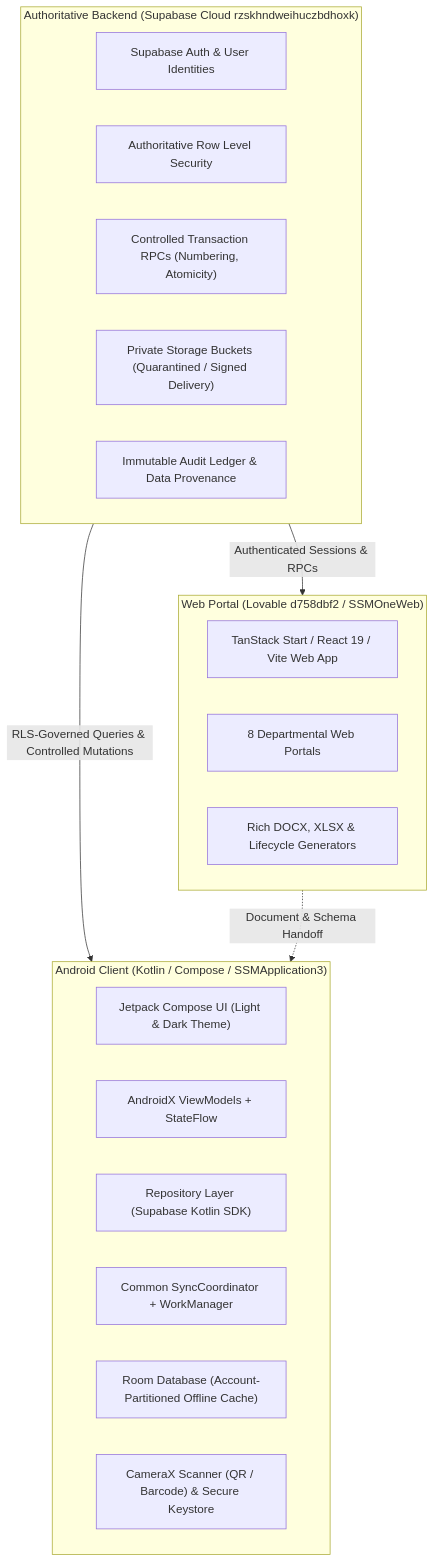
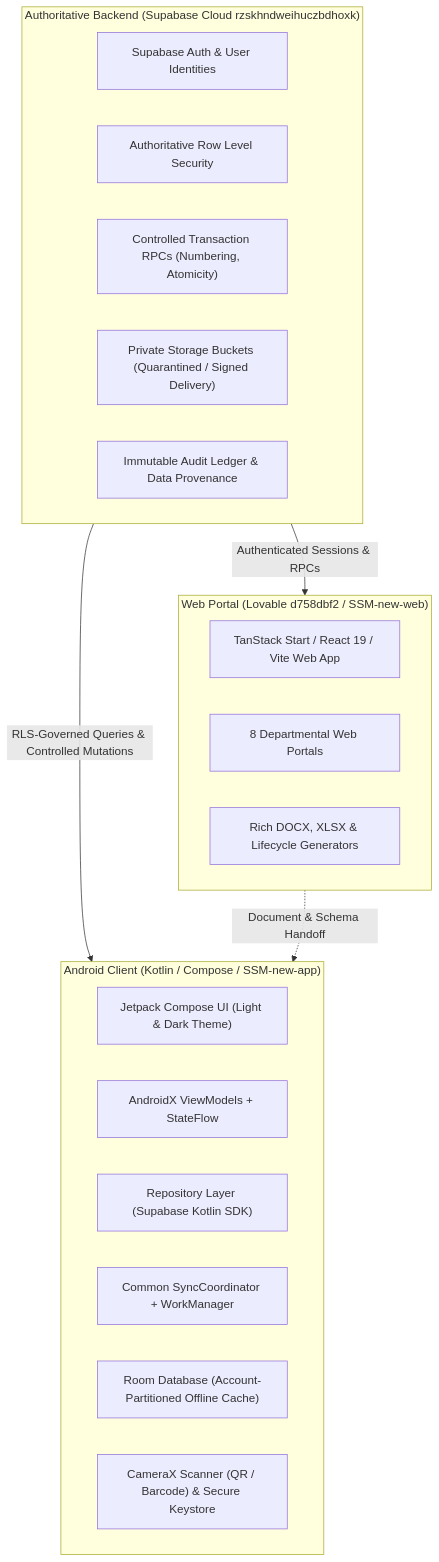
Before and after one commit to narendok/SSM-new-app: the first of 5 diagrams in docs/planning/SSM_ONE_ANDROID_BUILD_PLAN.md, drawn with Mermaid. The commit also changed other lines of this file and 12 other files, not shown here.

````diff
--- a/docs/planning/SSM_ONE_ANDROID_BUILD_PLAN.md
+++ b/docs/planning/SSM_ONE_ANDROID_BUILD_PLAN.md
@@ -17,29 +17,29 @@
 ```mermaid
 flowchart TD
     subgraph BackendAuthority["Authoritative Backend (Supabase Cloud rzskhndweihuczbdhoxk)"]
         AUTH["Supabase Auth & User Identities"]
         RLS["Authoritative Row Level Security"]
         RPC["Controlled Transaction RPCs (Numbering, Atomicity)"]
         BUCKETS["Private Storage Buckets (Quarantined / Signed Delivery)"]
         AUDIT["Immutable Audit Ledger & Data Provenance"]
     end
 
-    subgraph WebPortal["Web Portal (Lovable d758dbf2 / SSMOneWeb)"]
+    subgraph WebPortal["Web Portal (Lovable d758dbf2 / SSM-new-web)"]
         WEB_UI["TanStack Start / React 19 / Vite Web App"]
         WEB_WORKSPACES["8 Departmental Web Portals"]
         WEB_EDITORS["Rich DOCX, XLSX & Lifecycle Generators"]
     end
 
-    subgraph AndroidClient["Android Client (Kotlin / Compose / SSMApplication3)"]
+    subgraph AndroidClient["Android Client (Kotlin / Compose / SSM-new-app)"]
         COMPOSE["Jetpack Compose UI (Light & Dark Theme)"]
         VIEWMODEL["AndroidX ViewModels + StateFlow"]
         REPO["Repository Layer (Supabase Kotlin SDK)"]
         SYNC["Common SyncCoordinator + WorkManager"]
         ROOM["Room Database (Account-Partitioned Offline Cache)"]
         HARDWARE["CameraX Scanner (QR / Barcode) & Secure Keystore"]
     end
 
     BackendAuthority -->|Authenticated Sessions & RPCs| WebPortal
     BackendAuthority -->|RLS-Governed Queries & Controlled Mutations| AndroidClient
     WebPortal -.->|Document & Schema Handoff| AndroidClient
 ```
````
